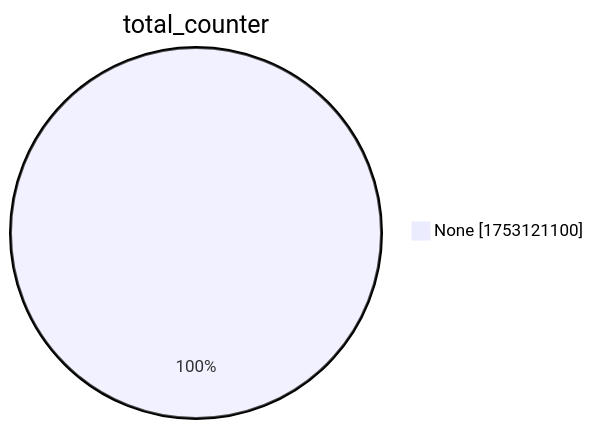
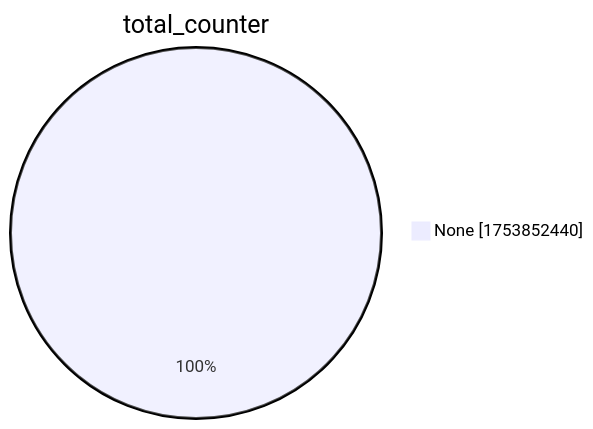
One commit to christiankrug/ctmonitor_visualization changed the second of 15 diagrams in xenon2022/README.md. Above: the diagram before and after it, drawn with Mermaid. The commit also changed other lines of this file, not shown here.

````diff
--- a/xenon2022/README.md
+++ b/xenon2022/README.md
@@ -9,5 +9,5 @@
 ```mermaid
 pie showData
 title total_counter
-"None" :1753121100
+"None" :1753852440
 ```
````
